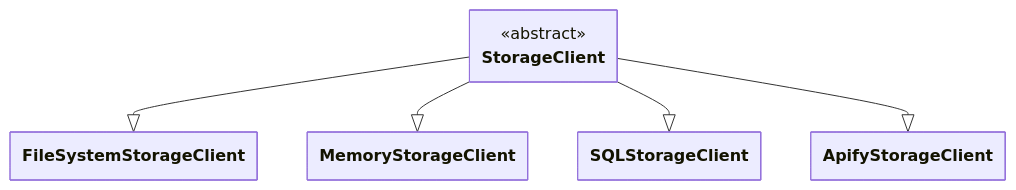
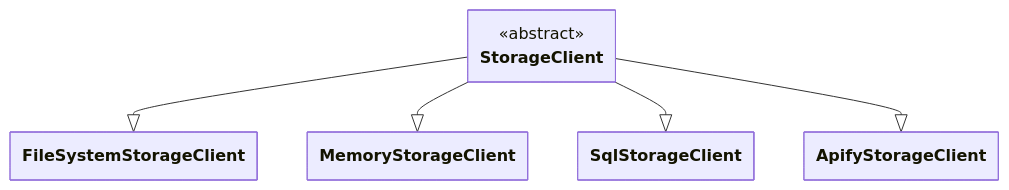
One commit to apify/crawlee-python changed the first of 3 diagrams in docs/guides/storage_clients.mdx. Above: the diagram before and after it, drawn with Mermaid. The commit also changed other lines of this file and 15 other files, not shown here.

````diff
--- a/docs/guides/storage_clients.mdx
+++ b/docs/guides/storage_clients.mdx
@@ -30,38 +30,38 @@
 ```mermaid
 ---
 config:
     class:
         hideEmptyMembersBox: true
 ---
 
 classDiagram
 
 %% ========================
 %% Abstract classes
 %% ========================
 
 class StorageClient {
     <<abstract>>
 }
 
 %% ========================
 %% Specific classes
 %% ========================
 
 class FileSystemStorageClient
 
 class MemoryStorageClient
 
-class SQLStorageClient
+class SqlStorageClient
 
 class ApifyStorageClient
 
 %% ========================
 %% Inheritance arrows
 %% ========================
 
 StorageClient --|> FileSystemStorageClient
 StorageClient --|> MemoryStorageClient
-StorageClient --|> SQLStorageClient
+StorageClient --|> SqlStorageClient
 StorageClient --|> ApifyStorageClient
 ```
````
